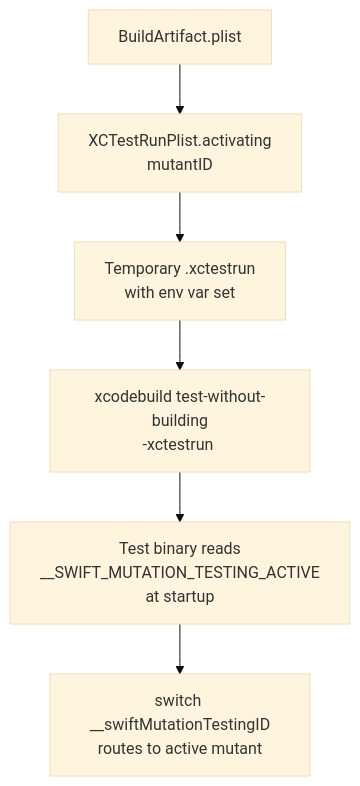
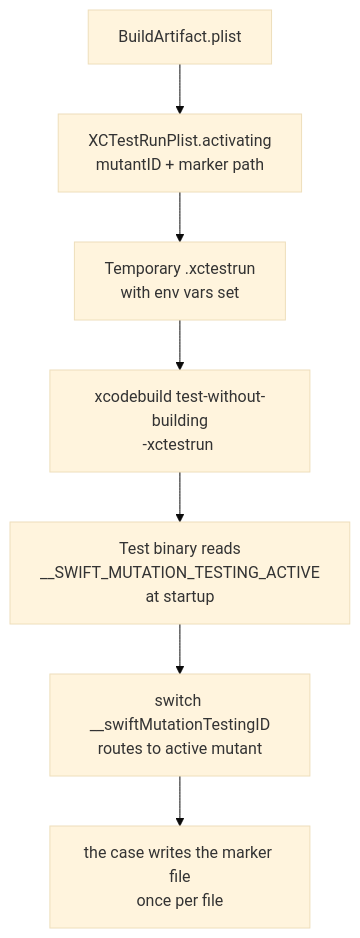
The second of 2 diagrams in Docs/Architecture/05-schematization.md (C24-Bank/swift-mutation-testing), drawn with Mermaid (base theme) before and after one commit. The commit also changed other lines of this file and 1 other file, not shown here.

Commit message:
docs: describe the activation marker, the case shapes and the application check in the architecture

````diff
--- a/Docs/Architecture/05-schematization.md
+++ b/Docs/Architecture/05-schematization.md
@@ -99,8 +99,9 @@
 ```mermaid
 flowchart TD
-    PLIST[BuildArtifact.plist] --> ACT[XCTestRunPlist.activating\nmutantID]
-    ACT --> XCTESTRUN[Temporary .xctestrun\nwith env var set]
+    PLIST[BuildArtifact.plist] --> ACT[XCTestRunPlist.activating\nmutantID + marker path]
+    ACT --> XCTESTRUN[Temporary .xctestrun\nwith env vars set]
     XCTESTRUN --> XCB[xcodebuild test-without-building\n-xctestrun <path>]
     XCB --> BINARY[Test binary reads\n__SWIFT_MUTATION_TESTING_ACTIVE\nat startup]
     BINARY --> SWITCH[switch __swiftMutationTestingID\nroutes to active mutant]
+    SWITCH --> MARK[the case writes the marker file\nonce per file]
 ```
````
